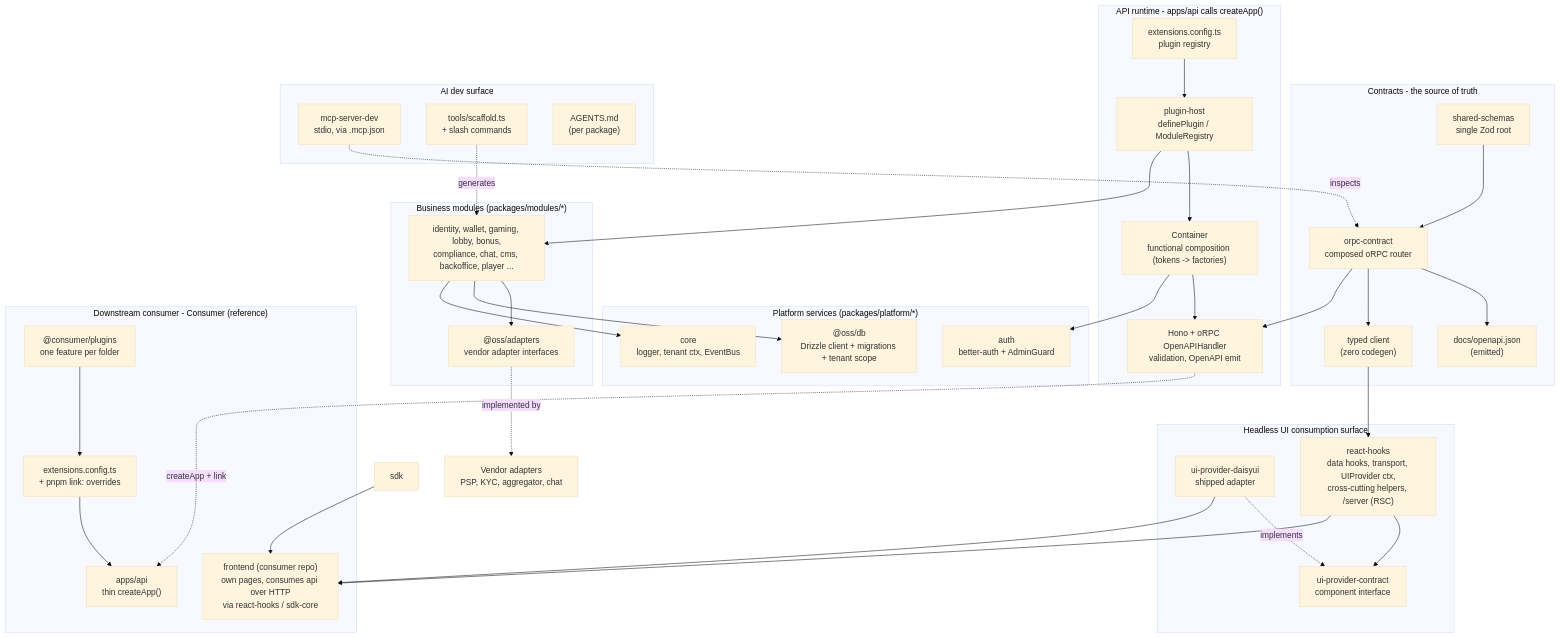
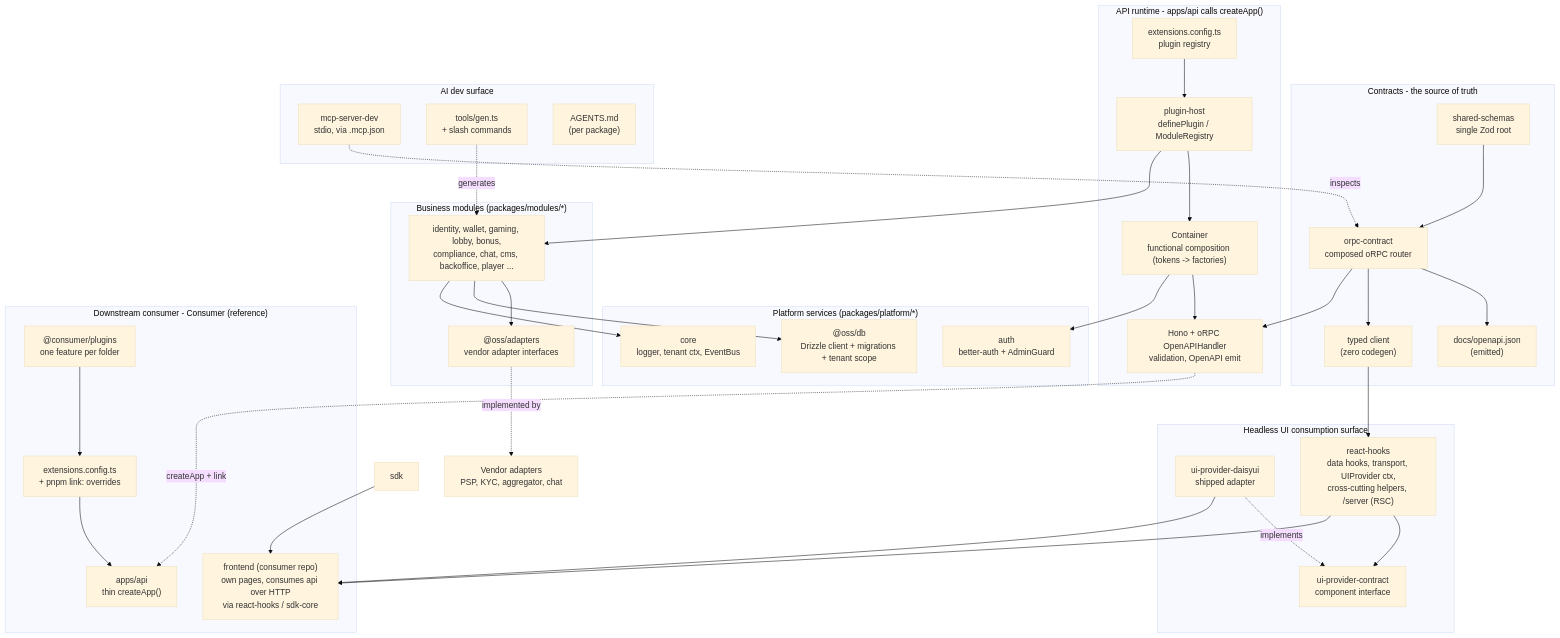
One commit to blurifycom/openora changed the first of 2 diagrams in docs/architecture.md. Above: the diagram before and after it, drawn with Mermaid (base theme). The commit also changed other lines of this file and 58 other files, not shown here.

````diff
--- a/docs/architecture.md
+++ b/docs/architecture.md
@@ -12,73 +12,73 @@
 ```mermaid
 flowchart TB
   subgraph contracts["Contracts - the source of truth"]
     zod["shared-schemas<br/>single Zod root"]
     orpc["orpc-contract<br/>composed oRPC router"]
     openapi["docs/openapi.json<br/>(emitted)"]
     client["typed client<br/>(zero codegen)"]
     zod --> orpc
     orpc --> openapi
     orpc --> client
   end
 
   subgraph runtime["API runtime - apps/api calls createApp()"]
     cfg["extensions.config.ts<br/>plugin registry"]
     host["plugin-host<br/>definePlugin / ModuleRegistry"]
     container["Container<br/>functional composition (tokens -> factories)"]
     hono["Hono + oRPC OpenAPIHandler<br/>validation, OpenAPI emit"]
     cfg --> host
     host --> container
     container --> hono
     orpc --> hono
   end
 
   subgraph platform["Platform services (packages/platform/*)"]
     db["@oss/db<br/>Drizzle client + migrations + tenant scope"]
     auth["auth<br/>better-auth + AdminGuard"]
     core["core<br/>logger, tenant ctx, EventBus"]
   end
 
   subgraph modules["Business modules (packages/modules/*)"]
     mod["identity, wallet, gaming, lobby, bonus,<br/>compliance, chat, cms, backoffice, player ..."]
     adapters["@oss/adapters<br/>vendor adapter interfaces"]
     mod --> adapters
   end
 
   vendor["Vendor adapters<br/>PSP, KYC, aggregator, chat"]
 
   host --> mod
   container --> auth
   mod --> db
   mod --> core
   adapters -. implemented by .-> vendor
 
   subgraph ui["Headless UI consumption surface"]
     uic["ui-provider-contract<br/>component interface"]
     shad["ui-provider-daisyui<br/>shipped adapter"]
     hooks["react-hooks<br/>data hooks, transport, UIProvider ctx,<br/>cross-cutting helpers, /server (RSC)"]
     shad -. implements .-> uic
     hooks --> uic
   end
   client --> hooks
 
   subgraph consumer["Downstream consumer - Consumer (reference)"]
     bapi["apps/api<br/>thin createApp()"]
     bfront["frontend (consumer repo)<br/>own pages, consumes api over HTTP<br/>via react-hooks / sdk-core"]
     bplug["@consumer/plugins<br/>one feature per folder"]
     bcfg["extensions.config.ts<br/>+ pnpm link: overrides"]
     bplug --> bcfg
     bcfg --> bapi
   end
   hono -. createApp + link .-> bapi
   sdk --> bfront
   hooks --> bfront
   shad --> bfront
 
   subgraph ai["AI dev surface"]
     mcp["mcp-server-dev<br/>stdio, via .mcp.json"]
-    scaffold["tools/scaffold.ts<br/>+ slash commands"]
+    scaffold["tools/gen.ts<br/>+ slash commands"]
     agentsmd["AGENTS.md<br/>(per package)"]
   end
   mcp -. inspects .-> orpc
   scaffold -. generates .-> mod
 ```
````
